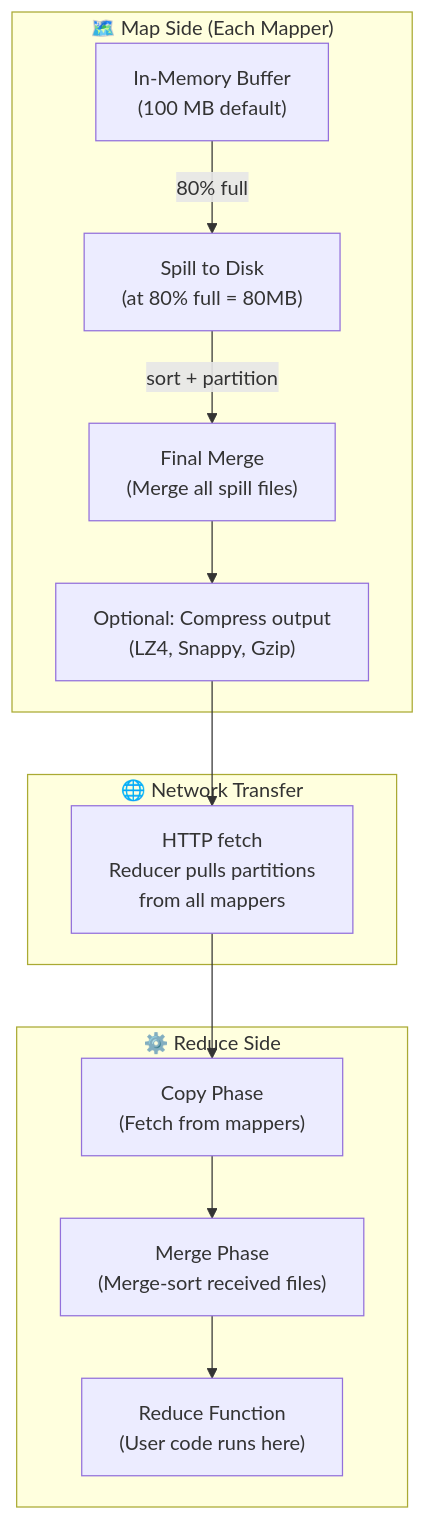
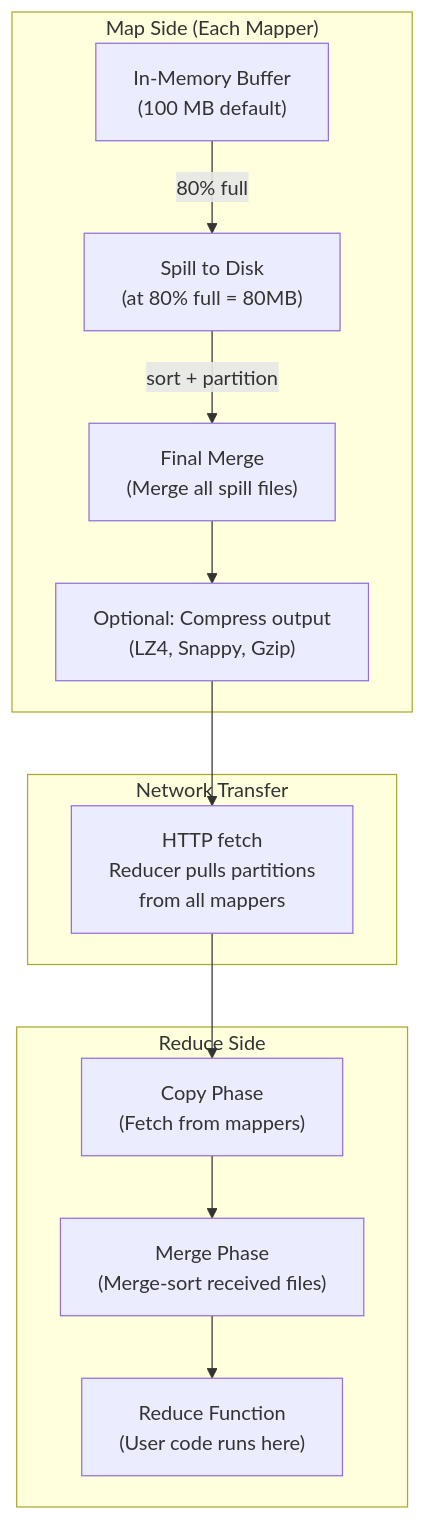
Before and after one commit to NK2552003/Big-Data-Survival-Guide: diagram 11 of 13 in UNITS/UNIT 3/unit-3-english-fun.md, drawn with Mermaid. The commit also changed other lines of this file and 78 other files, not shown here.

````diff
--- a/UNITS/UNIT 3/unit-3-english-fun.md
+++ b/UNITS/UNIT 3/unit-3-english-fun.md
@@ -1262,27 +1258,27 @@
 ```mermaid
 graph TB
-    subgraph MapSide["🗺️ Map Side (Each Mapper)"]
-        MB["In-Memory Buffer\n(100 MB default)"]
-        Spill["Spill to Disk\n(at 80% full = 80MB)"]
-        Merge["Final Merge\n(Merge all spill files)"]
-        Compress["Optional: Compress output\n(LZ4, Snappy, Gzip)"]
-    end
+ subgraph MapSide[" Map Side (Each Mapper)"]
+ MB["In-Memory Buffer\n(100 MB default)"]
+ Spill["Spill to Disk\n(at 80% full = 80MB)"]
+ Merge["Final Merge\n(Merge all spill files)"]
+ Compress["Optional: Compress output\n(LZ4, Snappy, Gzip)"]
+ end
 
-    subgraph Network["🌐 Network Transfer"]
-        HTTP["HTTP fetch\nReducer pulls partitions\nfrom all mappers"]
-    end
+ subgraph Network[" Network Transfer"]
+ HTTP["HTTP fetch\nReducer pulls partitions\nfrom all mappers"]
+ end
 
-    subgraph ReduceSide["⚙️ Reduce Side"]
-        Copy["Copy Phase\n(Fetch from mappers)"]
-        MergeR["Merge Phase\n(Merge-sort received files)"]
-        ReduceF["Reduce Function\n(User code runs here)"]
-    end
+ subgraph ReduceSide[" Reduce Side"]
+ Copy["Copy Phase\n(Fetch from mappers)"]
+ MergeR["Merge Phase\n(Merge-sort received files)"]
+ ReduceF["Reduce Function\n(User code runs here)"]
+ end
 
-    MB -->|"80% full"| Spill
-    Spill -->|"sort + partition"| Merge
-    Merge --> Compress
-    Compress --> HTTP
-    HTTP --> Copy
-    Copy --> MergeR
-    MergeR --> ReduceF
+ MB -->|"80% full"| Spill
+ Spill -->|"sort + partition"| Merge
+ Merge --> Compress
+ Compress --> HTTP
+ HTTP --> Copy
+ Copy --> MergeR
+ MergeR --> ReduceF
 ```
````
